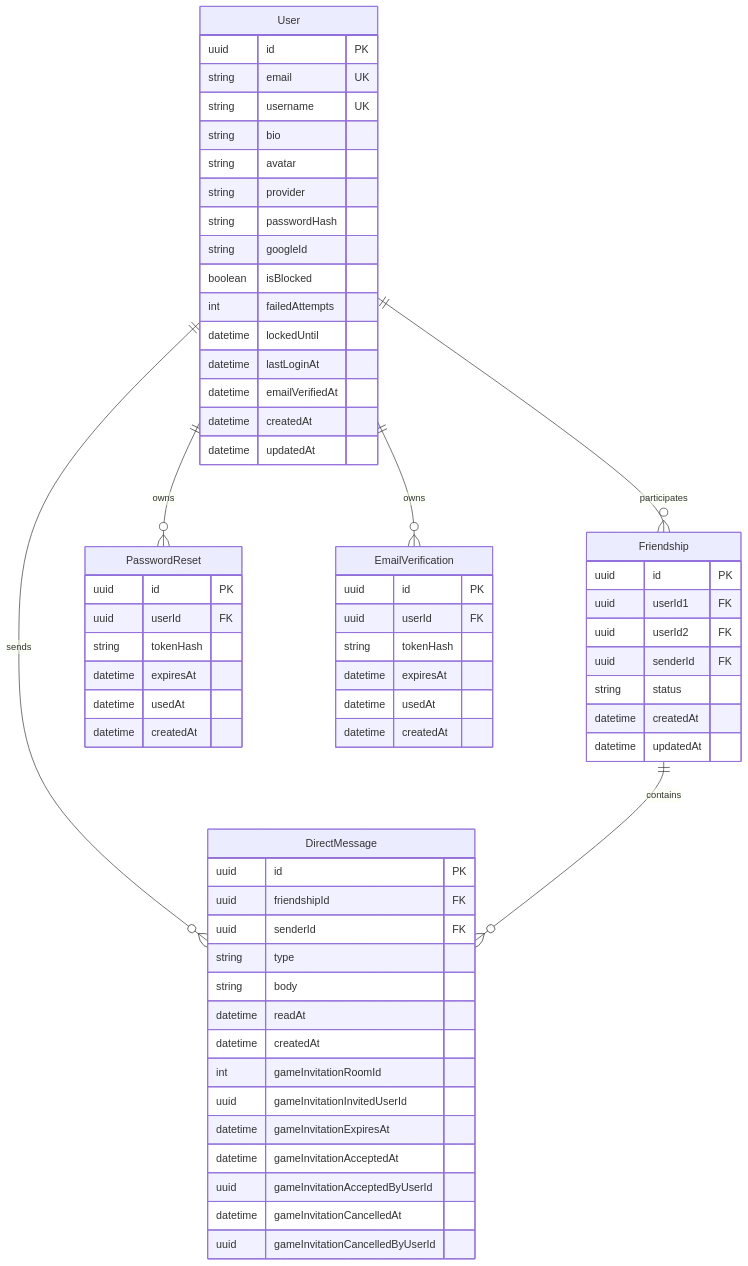
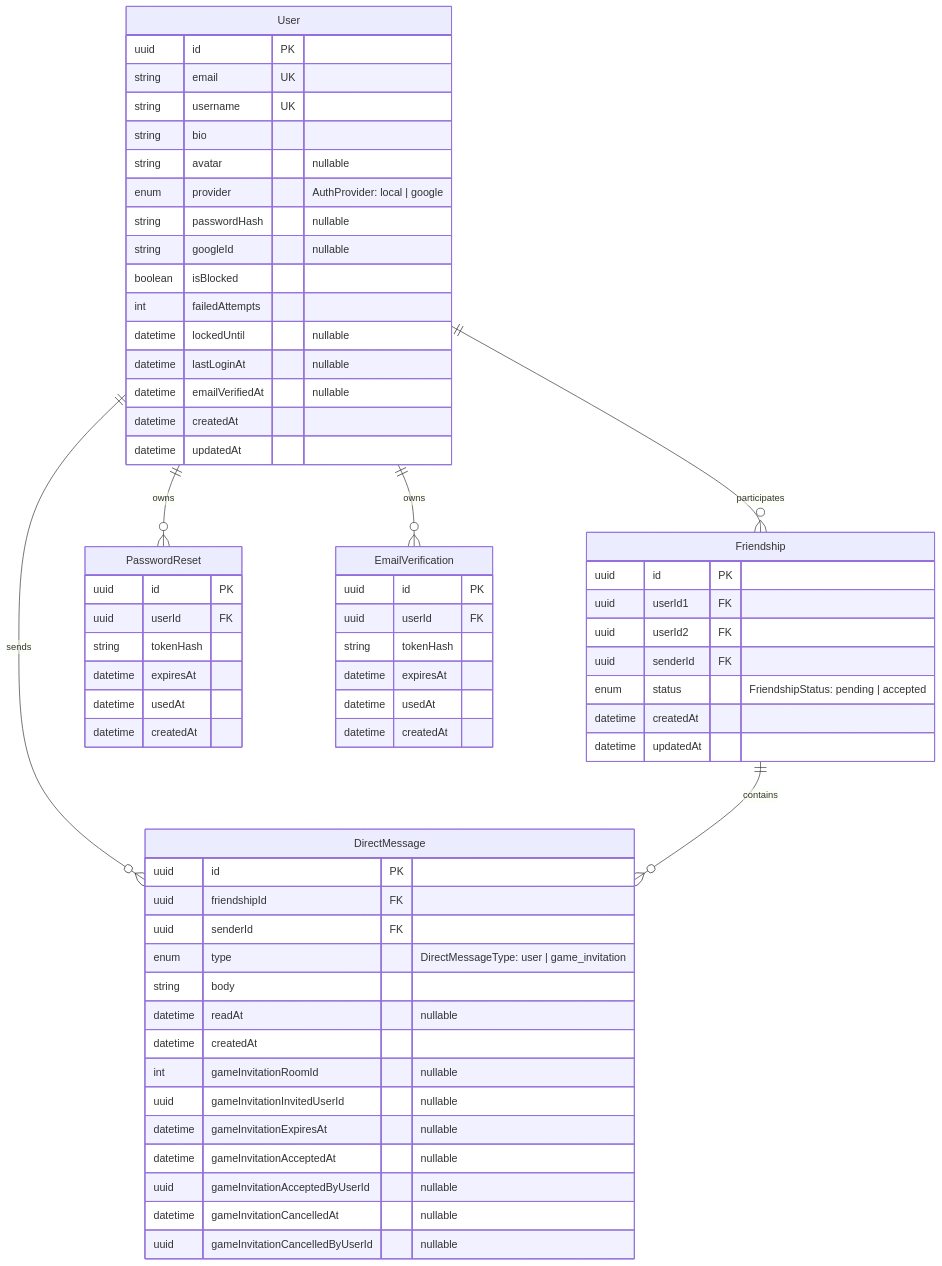
The second of 2 diagrams in README.md (42-BCN/Transcendence), drawn with Mermaid before and after one commit. The commit also changed other lines of this file and 13 other files, not shown here.

````diff
--- a/README.md
+++ b/README.md
@@ -217,71 +217,71 @@
 ```mermaid
 erDiagram
     User ||--o{ Friendship : "participates"
     User ||--o{ PasswordReset : "owns"
     User ||--o{ EmailVerification : "owns"
     User ||--o{ DirectMessage : "sends"
     Friendship ||--o{ DirectMessage : "contains"
 
     User {
       uuid id PK
       string email UK
       string username UK
       string bio
-      string avatar
-      string provider
-      string passwordHash
-      string googleId
+      string avatar "nullable"
+      enum provider "AuthProvider: local | google"
+      string passwordHash "nullable"
+      string googleId "nullable"
       boolean isBlocked
       int failedAttempts
-      datetime lockedUntil
-      datetime lastLoginAt
-      datetime emailVerifiedAt
+      datetime lockedUntil "nullable"
+      datetime lastLoginAt "nullable"
+      datetime emailVerifiedAt "nullable"
       datetime createdAt
       datetime updatedAt
     }
 
     Friendship {
       uuid id PK
       uuid userId1 FK
       uuid userId2 FK
       uuid senderId FK
-      string status
+      enum status "FriendshipStatus: pending | accepted"
       datetime createdAt
       datetime updatedAt
     }
 
     DirectMessage {
       uuid id PK
       uuid friendshipId FK
       uuid senderId FK
-      string type
+      enum type "DirectMessageType: user | game_invitation"
       string body
-      datetime readAt
+      datetime readAt "nullable"
       datetime createdAt
-      int gameInvitationRoomId
-      uuid gameInvitationInvitedUserId
-      datetime gameInvitationExpiresAt
-      datetime gameInvitationAcceptedAt
-      uuid gameInvitationAcceptedByUserId
-      datetime gameInvitationCancelledAt
-      uuid gameInvitationCancelledByUserId
+      int gameInvitationRoomId "nullable"
+      uuid gameInvitationInvitedUserId "nullable"
+      datetime gameInvitationExpiresAt "nullable"
+      datetime gameInvitationAcceptedAt "nullable"
+      uuid gameInvitationAcceptedByUserId "nullable"
+      datetime gameInvitationCancelledAt "nullable"
+      uuid gameInvitationCancelledByUserId "nullable"
     }
 
     PasswordReset {
       uuid id PK
       uuid userId FK
       string tokenHash
       datetime expiresAt
       datetime usedAt
       datetime createdAt
     }
 
     EmailVerification {
       uuid id PK
       uuid userId FK
       string tokenHash
       datetime expiresAt
       datetime usedAt
       datetime createdAt
     }
 ```
````
